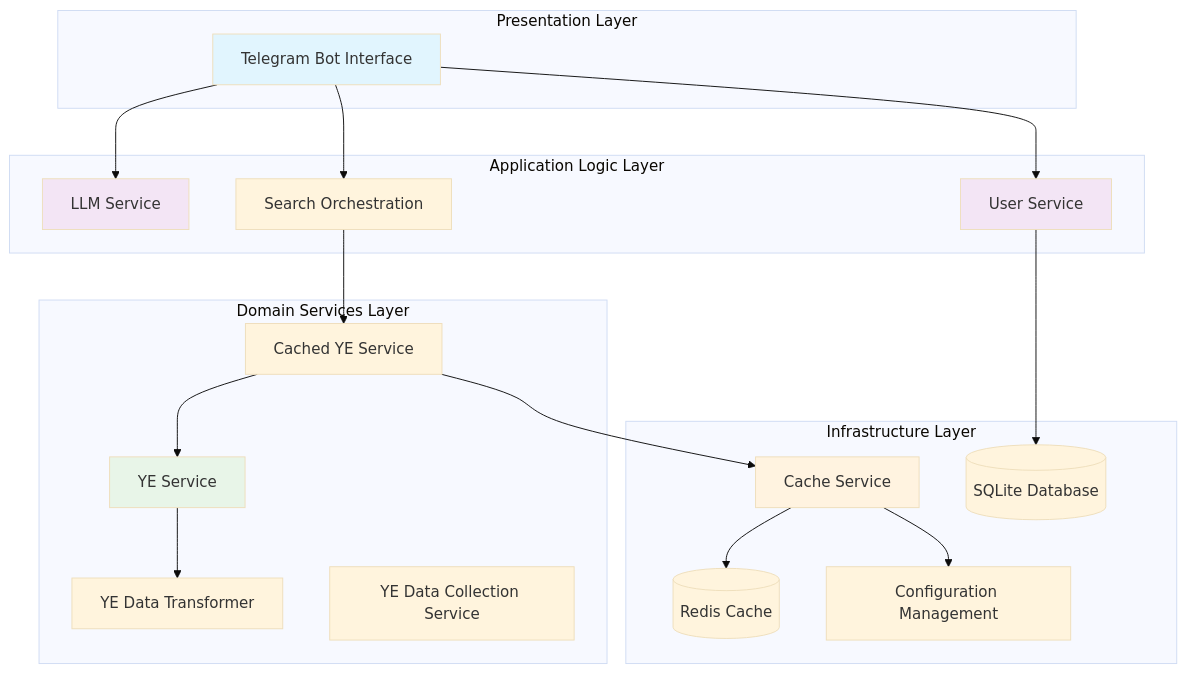
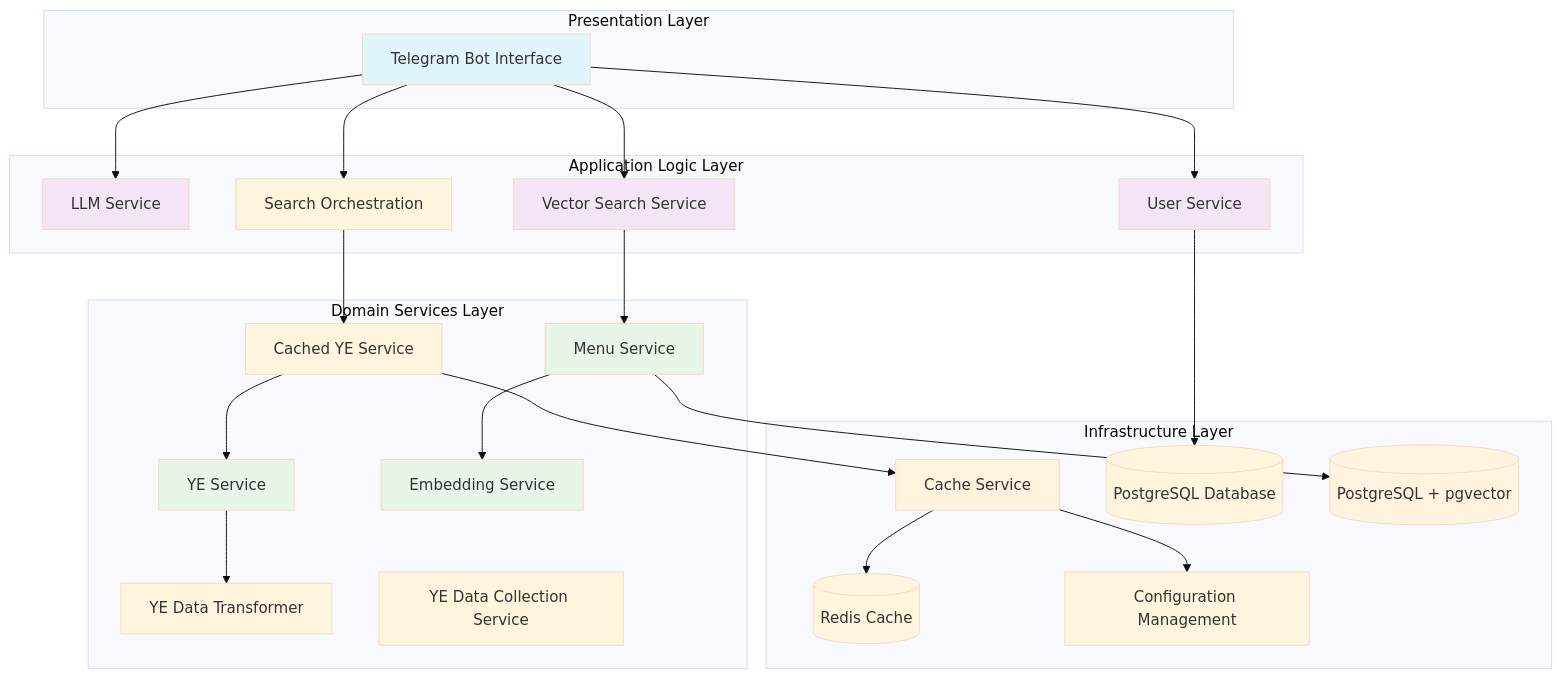
One commit to TroExol/food-talker changed the first of 3 diagrams in .kiro/specs/food-search-telegram-bot/design.md. Above: the diagram before and after it, drawn with Mermaid (base theme). The commit also changed other lines of this file and 75 other files, not shown here.

````diff
--- a/.kiro/specs/food-search-telegram-bot/design.md
+++ b/.kiro/specs/food-search-telegram-bot/design.md
@@ -29,46 +30,58 @@
 ```mermaid
 graph TB
     subgraph "Presentation Layer"
         TG[Telegram Bot Interface]
     end
     
     subgraph "Application Logic Layer"
         LLM[LLM Service]
         USER[User Service]
         SEARCH[Search Orchestration]
+        VECTOR_SEARCH[Vector Search Service]
     end
     
     subgraph "Domain Services Layer"
         YE[YE Service]
         TRANS[YE Data Transformer]
         CACHED[Cached YE Service]
         COLLECT[YE Data Collection Service]
+        MENU[Menu Service]
+        EMBED[Embedding Service]
     end
     
     subgraph "Infrastructure Layer"
         CACHE[Cache Service]
-        DB[(SQLite Database)]
+        DB[(PostgreSQL Database)]
+        VECTOR_DB[(PostgreSQL + pgvector)]
         REDIS[(Redis Cache)]
         CONFIG[Configuration Management]
     end
     
     TG --> LLM
     TG --> USER
     TG --> SEARCH
+    TG --> VECTOR_SEARCH
     
     SEARCH --> CACHED
+    VECTOR_SEARCH --> MENU
     USER --> DB
     
     CACHED --> YE
     CACHED --> CACHE
+    MENU --> EMBED
+    MENU --> VECTOR_DB
     YE --> TRANS
     
     CACHE --> REDIS
     CACHE --> CONFIG
     
     style TG fill:#e1f5fe
     style LLM fill:#f3e5f5
     style USER fill:#f3e5f5
+    style VECTOR_SEARCH fill:#f3e5f5
+    style MENU fill:#e8f5e8
+    style EMBED fill:#e8f5e8
     style YE fill:#e8f5e8
     style CACHE fill:#fff3e0
+    style VECTOR_DB fill:#fff3e0
 ```
````
